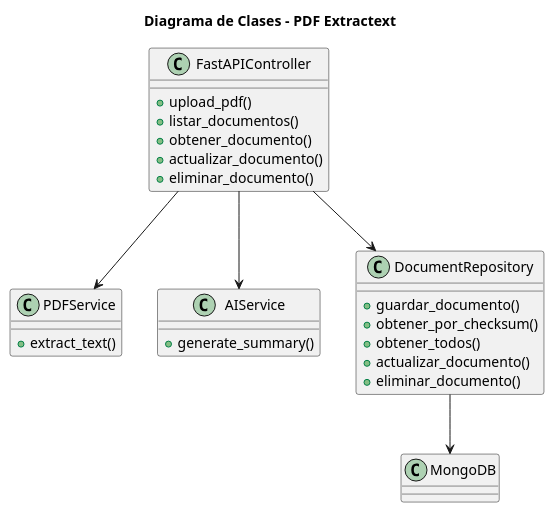
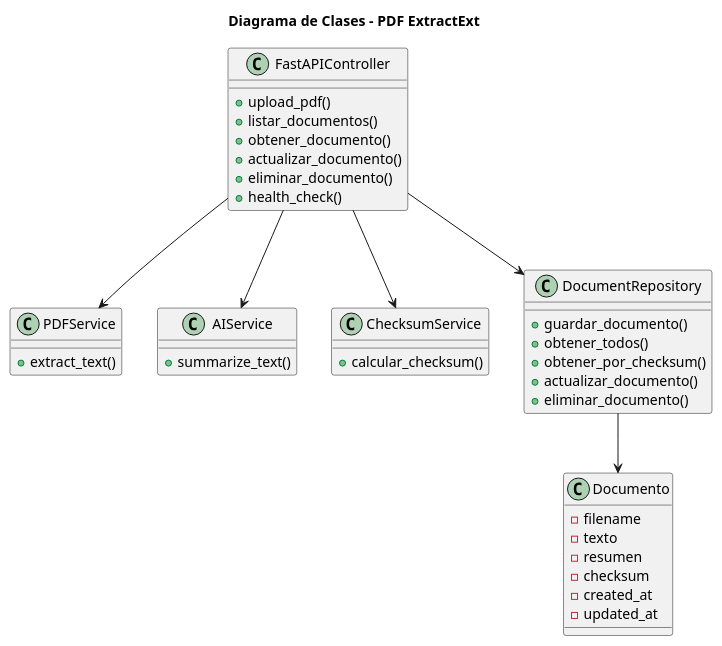
The diagram in documents/diagrams/class_diagram.puml (mmartimolina/pdf-extractext), drawn with PlantUML before and after one commit. The commit also changed 1 other file, not shown here.

Commit message:
Actualizar diagramas UML según arquitectura actual

```diff
--- a/documents/diagrams/class_diagram.puml
+++ b/documents/diagrams/class_diagram.puml
@@ -1,37 +1,49 @@
 @startuml class_diagram
 
-title Diagrama de Clases - PDF Extractext
+title Diagrama de Clases - PDF ExtractExt
 
 class FastAPIController {
     +upload_pdf()
     +listar_documentos()
     +obtener_documento()
     +actualizar_documento()
     +eliminar_documento()
+    +health_check()
 }
 
 class PDFService {
     +extract_text()
 }
 
 class AIService {
-    +generate_summary()
+    +summarize_text()
+}
+
+class ChecksumService {
+    +calcular_checksum()
 }
 
 class DocumentRepository {
     +guardar_documento()
+    +obtener_todos()
     +obtener_por_checksum()
-    +obtener_todos()
     +actualizar_documento()
     +eliminar_documento()
 }
 
-class MongoDB
+class Documento {
+    -filename
+    -texto
+    -resumen
+    -checksum
+    -created_at
+    -updated_at
+}
 
 FastAPIController --> PDFService
 FastAPIController --> AIService
+FastAPIController --> ChecksumService
 FastAPIController --> DocumentRepository
-
-DocumentRepository --> MongoDB
+DocumentRepository --> Documento
 
 @enduml
```
